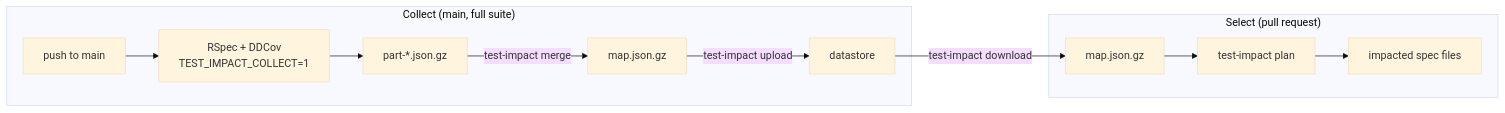
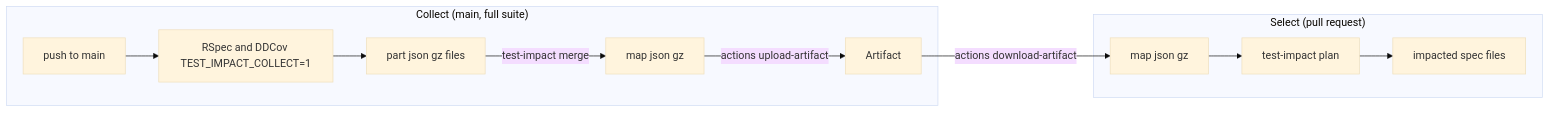
One commit to aki77/test_impact changed the diagram in README.md. Above: the diagram before and after it, drawn with Mermaid (base theme). The commit also changed other lines of this file and 17 other files, not shown here.

````diff
--- a/README.md
+++ b/README.md
@@ -22,14 +22,14 @@
 ```mermaid
 flowchart LR
     subgraph collect["Collect (main, full suite)"]
-        A["push to main"] --> B["RSpec + DDCov\nTEST_IMPACT_COLLECT=1"]
-        B --> C["part-*.json.gz"]
-        C -->|"test-impact merge"| D["map.json.gz"]
-        D -->|"test-impact upload"| E["datastore"]
+        A["push to main"] --> B["RSpec and DDCov TEST_IMPACT_COLLECT=1"]
+        B --> C["part json gz files"]
+        C -->|"test-impact merge"| D["map json gz"]
+        D -->|"actions upload-artifact"| E["Artifact"]
     end
     subgraph select["Select (pull request)"]
-        E -->|"test-impact download"| F["map.json.gz"]
+        E -->|"actions download-artifact"| F["map json gz"]
         F --> G["test-impact plan"]
         G --> H["impacted spec files"]
     end
 ```
````
